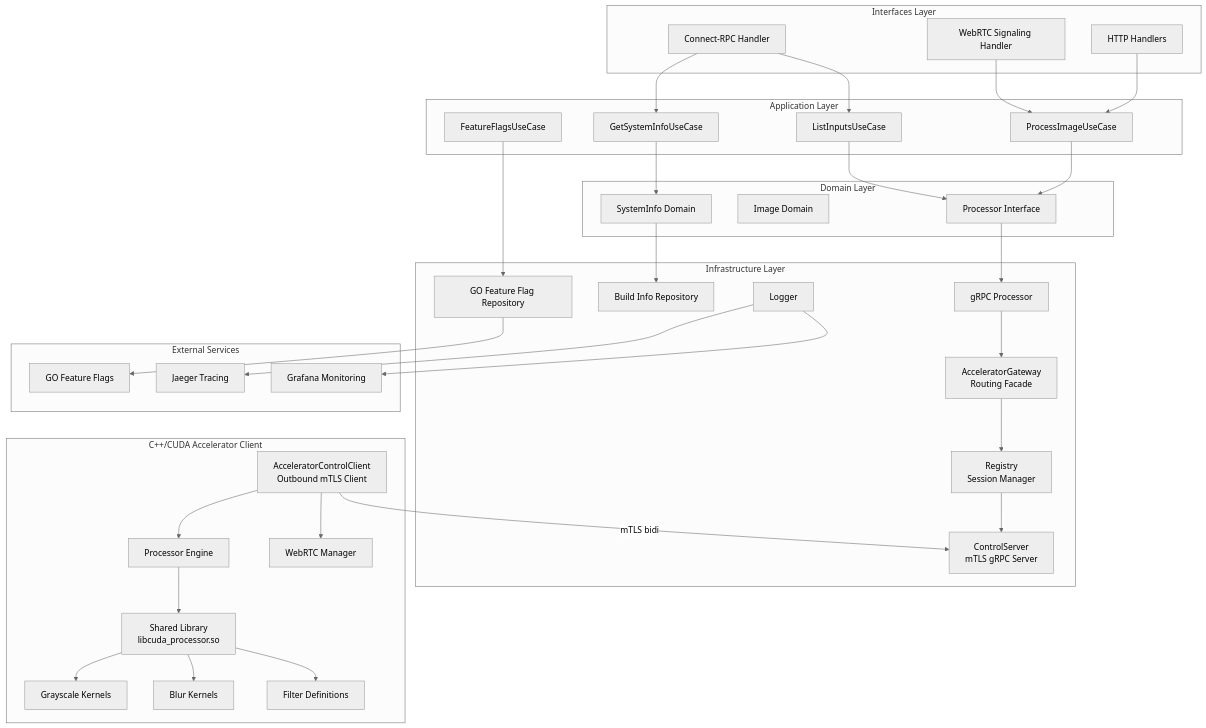
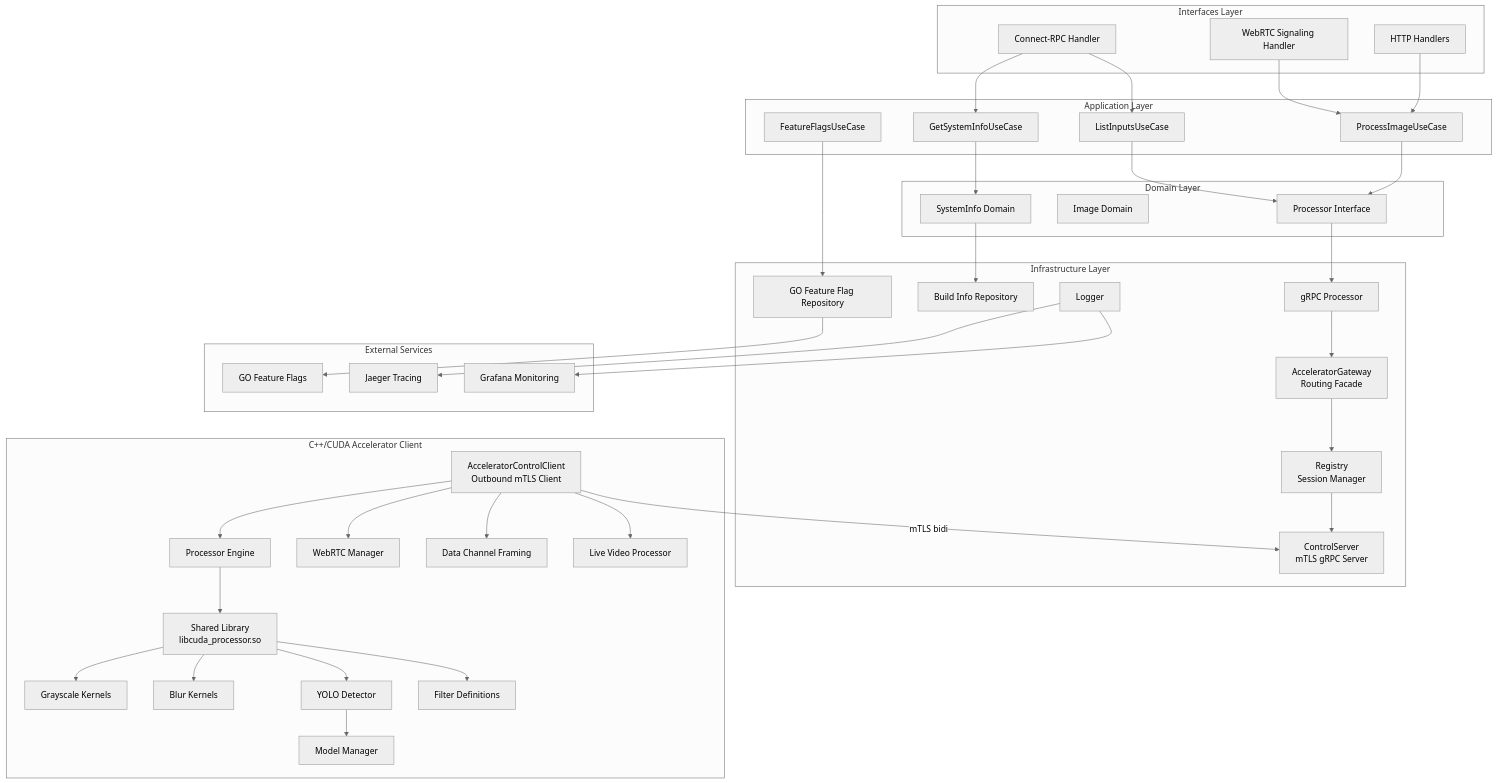
One commit to josnelihurt/learning-cuda changed the second of 2 diagrams in README.md. Above: the diagram before and after it, drawn with Mermaid (neutral theme). The commit also changed other lines of this file and 7 other files, not shown here.

First line of the commit message:
feat: integrate YOLO object detection and data channel framing into the system

```diff
--- a/README.md
+++ b/README.md
@@ -141,8 +145,12 @@
         SharedLibrary[Shared Library<br/>libcuda_processor.so]
         GrayscaleKernel[Grayscale Kernels]
         BlurKernel[Blur Kernels]
+        YOLODetector[YOLO Detector]
+        ModelManager[Model Manager]
         FilterDefs[Filter Definitions]
         WebRTCManager[WebRTC Manager]
+        DataChannelFraming[Data Channel Framing]
+        LiveVideoProcessor[Live Video Processor]
     end
 
     subgraph "External Services"
@@ -171,10 +179,14 @@
     AccelClient -->|mTLS bidi| ControlServer
     AccelClient --> ProcessorEngine
     AccelClient --> WebRTCManager
+    AccelClient --> DataChannelFraming
+    AccelClient --> LiveVideoProcessor
     ProcessorEngine --> SharedLibrary
     SharedLibrary --> GrayscaleKernel
     SharedLibrary --> BlurKernel
+    SharedLibrary --> YOLODetector
     SharedLibrary --> FilterDefs
+    YOLODetector --> ModelManager
 
     GoFeatureFlagRepository --> GOFeatureFlags
     Logger --> Jaeger
```
